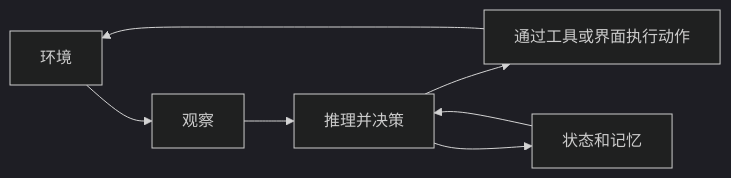
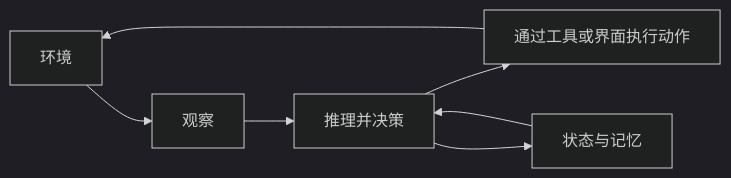
One commit to Prompthon-IO/agent-systems-handbook changed the diagram in zh-Hans/foundations/the-agent-system.mdx. Above: the diagram before and after it, drawn with Mermaid (dark theme). The commit also changed other lines of this file and 8 other files, not shown here.

````diff
--- a/zh-Hans/foundations/the-agent-system.mdx
+++ b/zh-Hans/foundations/the-agent-system.mdx
@@ -53,9 +53,9 @@
 ```mermaid
 flowchart LR
   Environment["环境"] --> Observe["观察"]
   Observe --> Reason["推理并决策"]
   Reason --> Act["通过工具或界面执行动作"]
   Act --> Environment
-  Reason --> Memory["状态和记忆"]
+  Reason --> Memory["状态与记忆"]
   Memory --> Reason
 ```
````
